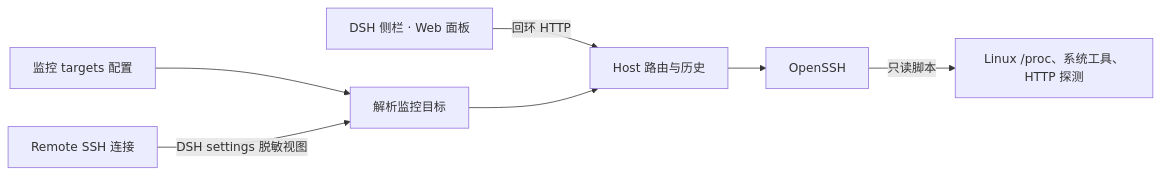
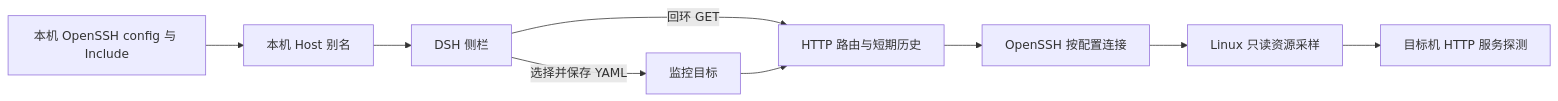
One commit to xiaowill/dsh-server-pulse changed the diagram in docs/architecture.md. Above: the diagram before and after it, drawn with Mermaid. The commit also changed other lines of this file and 17 other files, not shown here.

Commit message:
Focus server monitoring on OpenSSH and existing service data

````diff
--- a/docs/architecture.md
+++ b/docs/architecture.md
@@ -5,9 +5,11 @@
 ```mermaid
 flowchart LR
-    UI["DSH 侧栏 · Web 面板"] -->|"回环 HTTP"| Host["Host 路由与历史"]
-    Config["监控 targets 配置"] --> Targets["解析监控目标"]
-    Remote["Remote SSH 连接"] -->|"DSH settings 脱敏视图"| Targets
+    SSHConfig["本机 OpenSSH config 与 Include"] --> Discover["本机 Host 别名"]
+    Discover --> UI["DSH 侧栏"]
+    UI -->|"选择并保存 YAML"| Targets["监控目标"]
+    UI -->|"回环 GET"| Host["HTTP 路由与短期历史"]
     Targets --> Host
-    Host --> Transport["OpenSSH"]
-    Transport -->|"只读脚本"| Linux["Linux /proc、系统工具、HTTP 探测"]
+    Host --> SSH["OpenSSH 按配置连接"]
+    SSH --> Linux["Linux 只读资源采样"]
+    Linux --> Services["目标机 HTTP 服务探测"]
 ```
````
